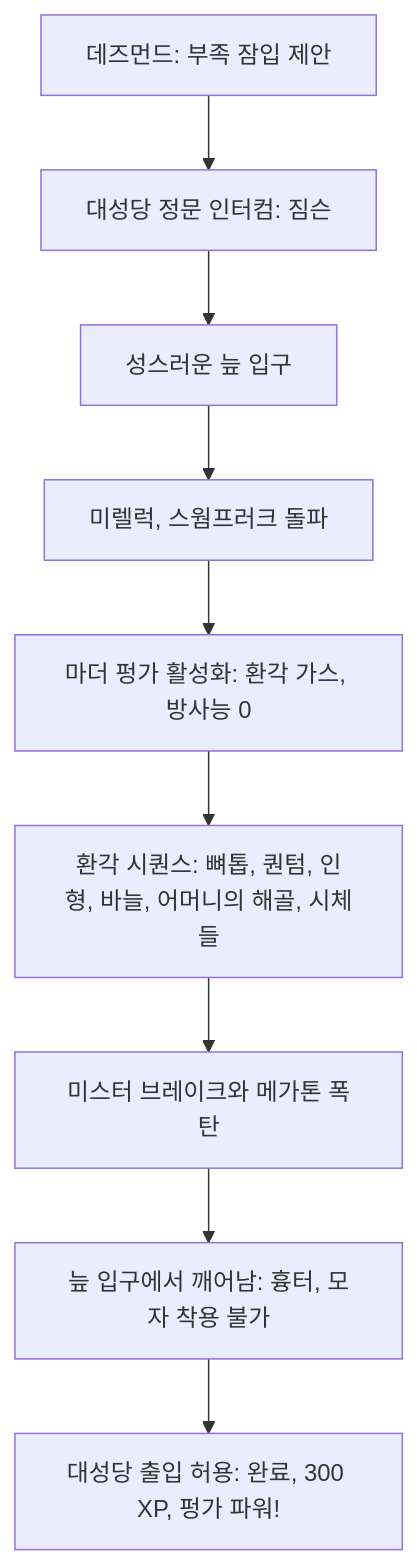
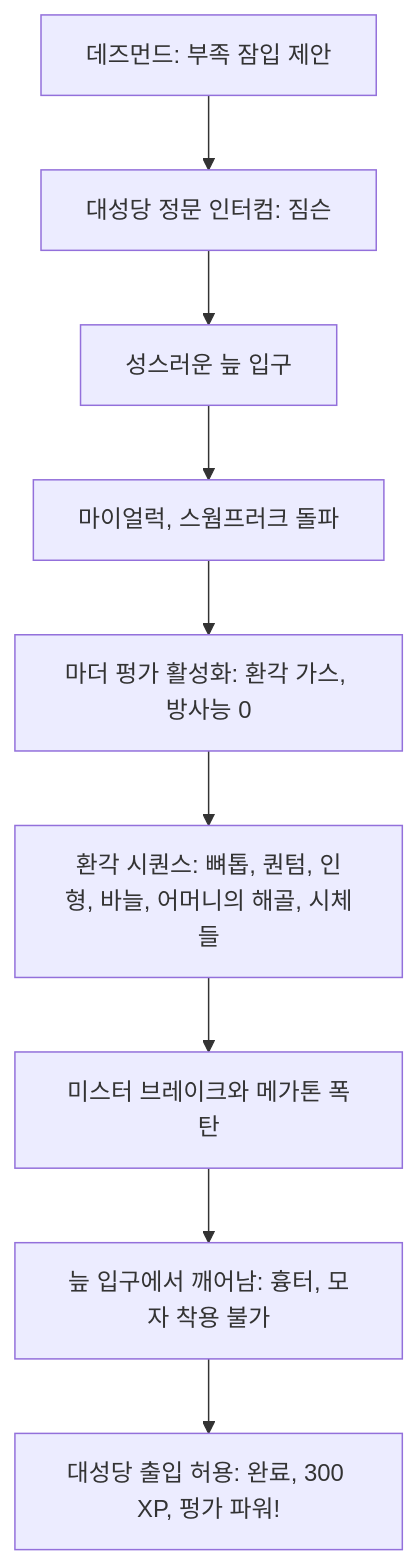
Before and after one commit to forsurvive/003: the third of 15 diagrams in docs/reverse-design/08d_dlc-point-lookout.md, drawn with Mermaid. The commit also changed other lines of this file and 21 other files, not shown here.

````diff
--- a/docs/reverse-design/08d_dlc-point-lookout.md
+++ b/docs/reverse-design/08d_dlc-point-lookout.md
@@ -256,11 +256,11 @@
 ```mermaid
 flowchart TD
     A["데즈먼드: 부족 잠입 제안"] --> B["대성당 정문 인터컴: 짐슨"]
     B --> C["성스러운 늪 입구"]
-    C --> D["미렐럭, 스웜프러크 돌파"]
+    C --> D["마이얼럭, 스웜프러크 돌파"]
     D --> E["마더 펑가 활성화: 환각 가스, 방사능 0"]
     E --> F["환각 시퀀스: 뼈톱, 퀀텀, 인형, 바늘, 어머니의 해골, 시체들"]
     F --> G["미스터 브레이크와 메가톤 폭탄"]
     G --> H["늪 입구에서 깨어남: 흉터, 모자 착용 불가"]
     H --> I["대성당 출입 허용: 완료, 300 XP, 펑가 파워!"]
 ```
````
